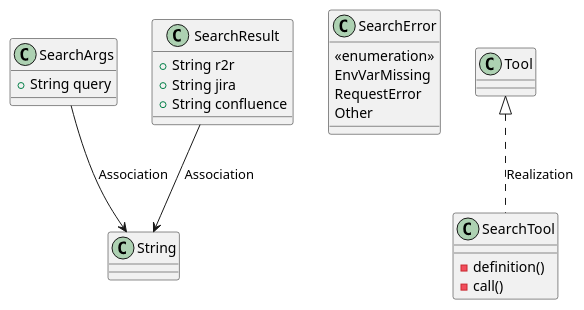
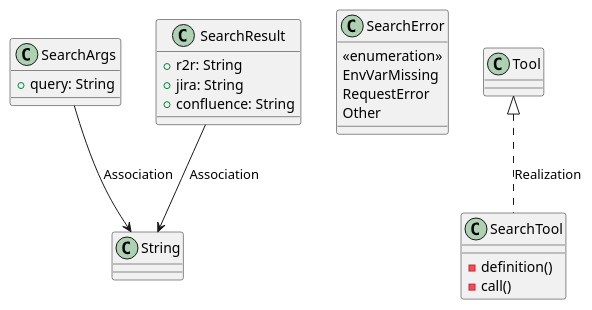
The first of 2 diagrams in openwiki/modules/src/infrastructure/tools/search.md (lgcorzo/fastapi-autogen-team), drawn with PlantUML before and after one commit. The commit also changed other lines of this file and 56 other files, not shown here.

Commit message:
Fix plantuml generics and field extraction

````diff
--- a/openwiki/modules/src/infrastructure/tools/search.md
+++ b/openwiki/modules/src/infrastructure/tools/search.md
@@ -32,25 +32,25 @@
 ```plantuml
 @startuml
     class SearchArgs {
-        +String query
+        +query: String
     }
     class SearchResult {
-        +String r2r
-        +String jira
-        +String confluence
+        +r2r: String
+        +jira: String
+        +confluence: String
     }
     class SearchError {
         <<enumeration>>
         EnvVarMissing
         RequestError
         Other
     }
     class SearchTool {
         -definition()
         -call()
     }
     SearchArgs --> String : Association
     SearchResult --> String : Association
     Tool <|.. SearchTool : Realization
 @enduml
 ```
````
